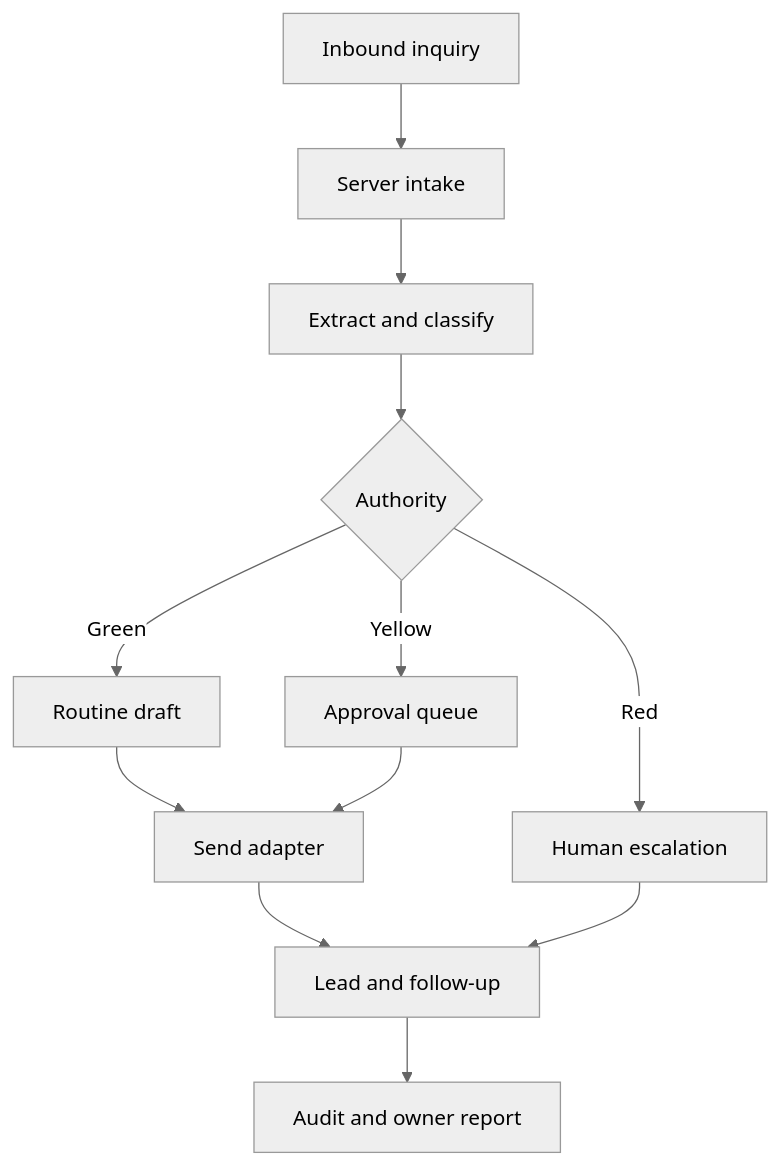
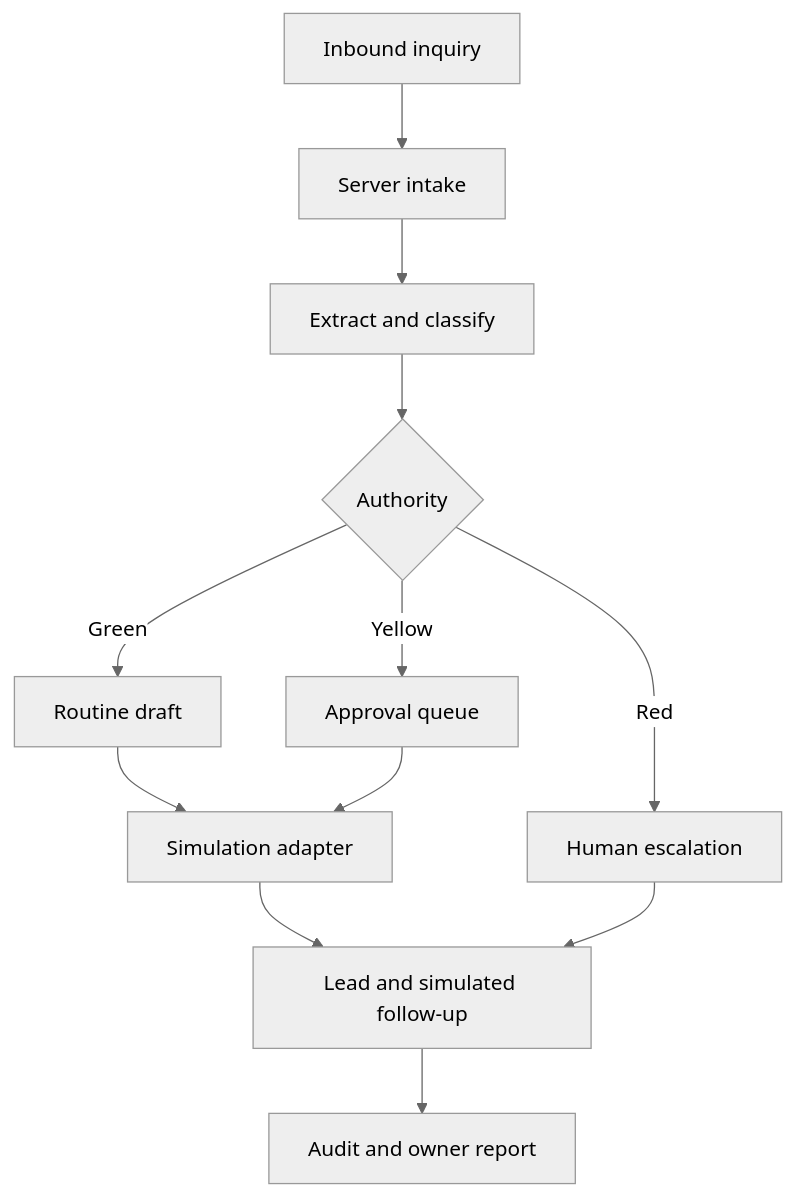
Before and after one commit to dhrumilpatel179-maker/ai-lead-operator: the diagram in docs/ARCHITECTURE.md, drawn with Mermaid (neutral theme). The commit also changed other lines of this file and 20 other files, not shown here.

````diff
--- a/docs/ARCHITECTURE.md
+++ b/docs/ARCHITECTURE.md
@@ -7,14 +7,14 @@
 ```mermaid
 flowchart TD
     A[Inbound inquiry] --> B[Server intake]
     B --> C[Extract and classify]
     C --> D{Authority}
     D -->|Green| E[Routine draft]
     D -->|Yellow| F[Approval queue]
     D -->|Red| G[Human escalation]
-    E --> H[Send adapter]
+    E --> H[Simulation adapter]
     F --> H
-    H --> I[Lead and follow-up]
+    H --> I[Lead and simulated follow-up]
     G --> I
     I --> J[Audit and owner report]
 ```
````
